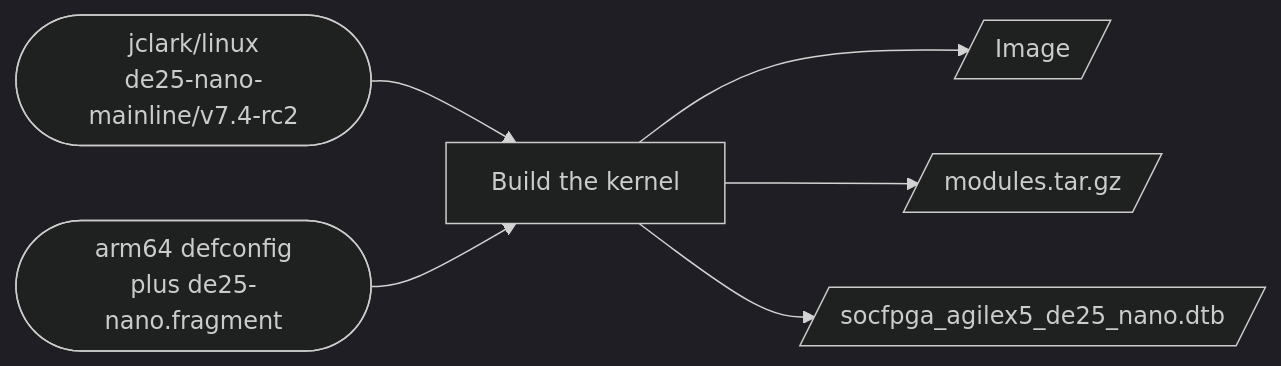
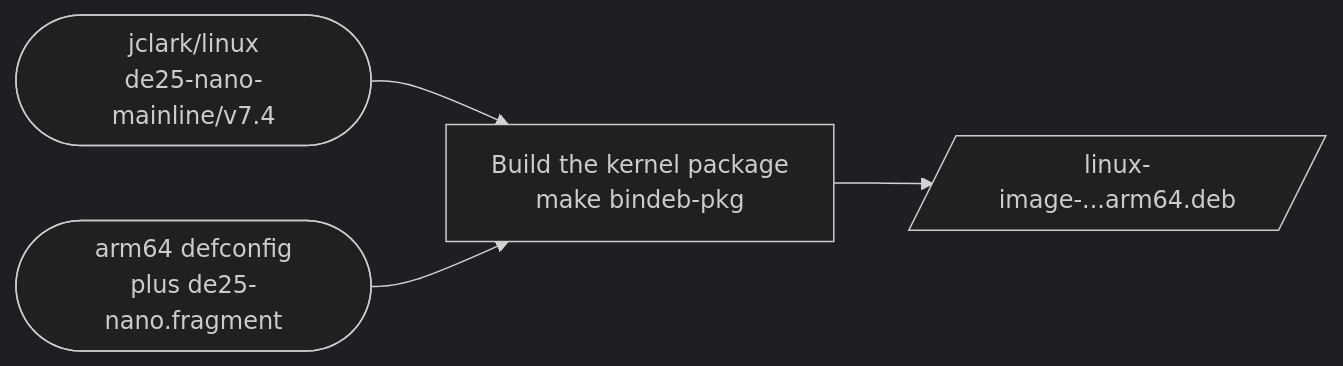
One commit to jclark/de25-nano-debian changed the diagram in kernel/README.md. Above: the diagram before and after it, drawn with Mermaid (dark theme). The commit also changed other lines of this file and 2 other files, not shown here.

First line of the commit message:
Task K: build the kernel as a Debian package from de25-nano-mainline/v7.4

````diff
--- a/kernel/README.md
+++ b/kernel/README.md
@@ -3,8 +3,6 @@
 ```mermaid
 flowchart LR
-  s1(["jclark/linux<br/>de25-nano-mainline/v7.4-rc2"]) --> k["Build the kernel"]
+  s1(["jclark/linux<br/>de25-nano-mainline/v7.4"]) --> k["Build the kernel package<br/>make bindeb-pkg"]
   s2(["arm64 defconfig<br/>plus de25-nano.fragment"]) --> k
-  k --> o1[/"Image"/]
-  k --> o2[/"modules.tar.gz"/]
-  k --> o3[/"socfpga_agilex5_de25_nano.dtb"/]
+  k --> o1[/"linux-image-...arm64.deb"/]
 ```
````
